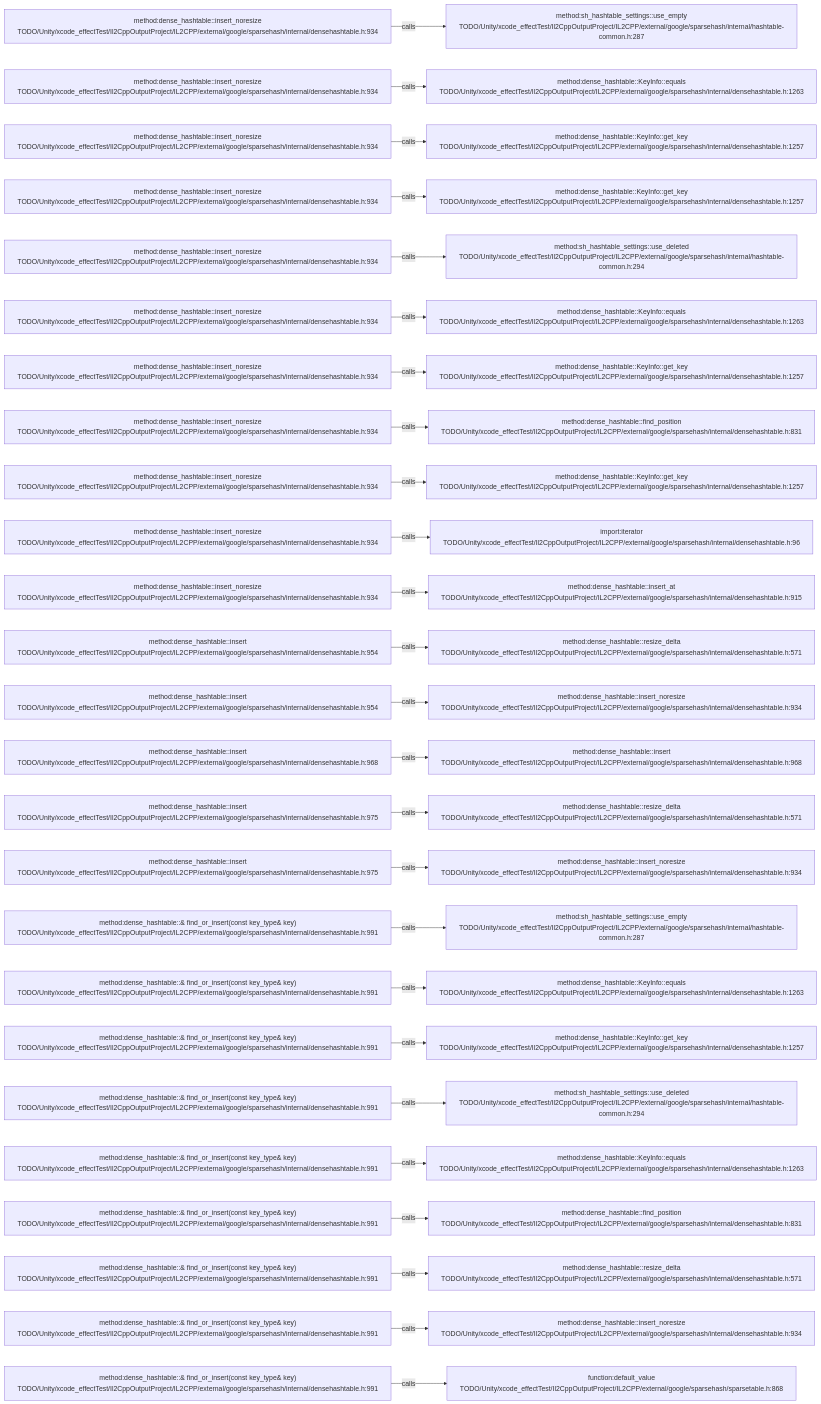
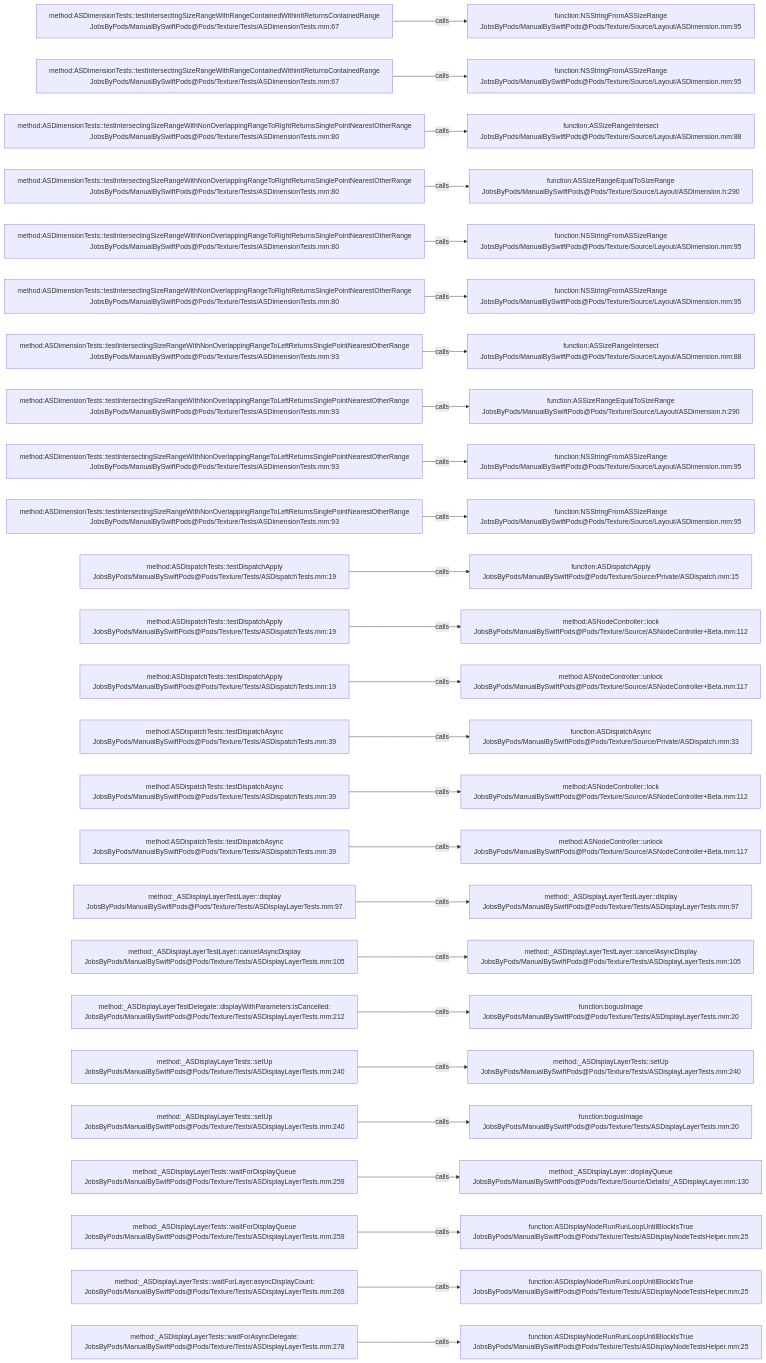
One commit to JobsKits/JobsSwiftBaseConfigDemo changed the diagram in .codegraph/codegraph.md/graphs/calls-198.md. Above: the diagram before and after it, drawn with Mermaid. The commit also changed 2959 other files, not shown here.

````diff
--- a/.codegraph/codegraph.md/graphs/calls-198.md
+++ b/.codegraph/codegraph.md/graphs/calls-198.md
@@ -13,78 +13,78 @@
 ```mermaid
 flowchart LR
-  S1["method:dense_hashtable::insert_noresize<br/>TODO/Unity/xcode_effectTest/Il2CppOutputProject/IL2CPP/external/google/sparsehash/internal/densehashtable.h:934"]
-  T1["method:sh_hashtable_settings::use_empty<br/>TODO/Unity/xcode_effectTest/Il2CppOutputProject/IL2CPP/external/google/sparsehash/internal/hashtable-common.h:287"]
+  S1["method:ASDimensionTests::testIntersectingSizeRangeWithRangeContainedWithinItReturnsContainedRange<br/>JobsByPods/ManualBySwiftPods@Pods/Texture/Tests/ASDimensionTests.mm:67"]
+  T1["function:NSStringFromASSizeRange<br/>JobsByPods/ManualBySwiftPods@Pods/Texture/Source/Layout/ASDimension.mm:95"]
   S1 -->|calls| T1
-  S2["method:dense_hashtable::insert_noresize<br/>TODO/Unity/xcode_effectTest/Il2CppOutputProject/IL2CPP/external/google/sparsehash/internal/densehashtable.h:934"]
-  T2["method:dense_hashtable::KeyInfo::equals<br/>TODO/Unity/xcode_effectTest/Il2CppOutputProject/IL2CPP/external/google/sparsehash/internal/densehashtable.h:1263"]
+  S2["method:ASDimensionTests::testIntersectingSizeRangeWithRangeContainedWithinItReturnsContainedRange<br/>JobsByPods/ManualBySwiftPods@Pods/Texture/Tests/ASDimensionTests.mm:67"]
+  T2["function:NSStringFromASSizeRange<br/>JobsByPods/ManualBySwiftPods@Pods/Texture/Source/Layout/ASDimension.mm:95"]
   S2 -->|calls| T2
-  S3["method:dense_hashtable::insert_noresize<br/>TODO/Unity/xcode_effectTest/Il2CppOutputProject/IL2CPP/external/google/sparsehash/internal/densehashtable.h:934"]
-  T3["method:dense_hashtable::KeyInfo::get_key<br/>TODO/Unity/xcode_effectTest/Il2CppOutputProject/IL2CPP/external/google/sparsehash/internal/densehashtable.h:1257"]
+  S3["method:ASDimensionTests::testIntersectingSizeRangeWithNonOverlappingRangeToRightReturnsSinglePointNearestOtherRange<br/>JobsByPods/ManualBySwiftPods@Pods/Texture/Tests/ASDimensionTests.mm:80"]
+  T3["function:ASSizeRangeIntersect<br/>JobsByPods/ManualBySwiftPods@Pods/Texture/Source/Layout/ASDimension.mm:88"]
   S3 -->|calls| T3
-  S4["method:dense_hashtable::insert_noresize<br/>TODO/Unity/xcode_effectTest/Il2CppOutputProject/IL2CPP/external/google/sparsehash/internal/densehashtable.h:934"]
-  T4["method:dense_hashtable::KeyInfo::get_key<br/>TODO/Unity/xcode_effectTest/Il2CppOutputProject/IL2CPP/external/google/sparsehash/internal/densehashtable.h:1257"]
+  S4["method:ASDimensionTests::testIntersectingSizeRangeWithNonOverlappingRangeToRightReturnsSinglePointNearestOtherRange<br/>JobsByPods/ManualBySwiftPods@Pods/Texture/Tests/ASDimensionTests.mm:80"]
+  T4["function:ASSizeRangeEqualToSizeRange<br/>JobsByPods/ManualBySwiftPods@Pods/Texture/Source/Layout/ASDimension.h:290"]
   S4 -->|calls| T4
-  S5["method:dense_hashtable::insert_noresize<br/>TODO/Unity/xcode_effectTest/Il2CppOutputProject/IL2CPP/external/google/sparsehash/internal/densehashtable.h:934"]
-  T5["method:sh_hashtable_settings::use_deleted<br/>TODO/Unity/xcode_effectTest/Il2CppOutputProject/IL2CPP/external/google/sparsehash/internal/hashtable-common.h:294"]
+  S5["method:ASDimensionTests::testIntersectingSizeRangeWithNonOverlappingRangeToRightReturnsSinglePointNearestOtherRange<br/>JobsByPods/ManualBySwiftPods@Pods/Texture/Tests/ASDimensionTests.mm:80"]
+  T5["function:NSStringFromASSizeRange<br/>JobsByPods/ManualBySwiftPods@Pods/Texture/Source/Layout/ASDimension.mm:95"]
   S5 -->|calls| T5
-  S6["method:dense_hashtable::insert_noresize<br/>TODO/Unity/xcode_effectTest/Il2CppOutputProject/IL2CPP/external/google/sparsehash/internal/densehashtable.h:934"]
-  T6["method:dense_hashtable::KeyInfo::equals<br/>TODO/Unity/xcode_effectTest/Il2CppOutputProject/IL2CPP/external/google/sparsehash/internal/densehashtable.h:1263"]
+  S6["method:ASDimensionTests::testIntersectingSizeRangeWithNonOverlappingRangeToRightReturnsSinglePointNearestOtherRange<br/>JobsByPods/ManualBySwiftPods@Pods/Texture/Tests/ASDimensionTests.mm:80"]
+  T6["function:NSStringFromASSizeRange<br/>JobsByPods/ManualBySwiftPods@Pods/Texture/Source/Layout/ASDimension.mm:95"]
   S6 -->|calls| T6
-  S7["method:dense_hashtable::insert_noresize<br/>TODO/Unity/xcode_effectTest/Il2CppOutputProject/IL2CPP/external/google/sparsehash/internal/densehashtable.h:934"]
-  T7["method:dense_hashtable::KeyInfo::get_key<br/>TODO/Unity/xcode_effectTest/Il2CppOutputProject/IL2CPP/external/google/sparsehash/internal/densehashtable.h:1257"]
+  S7["method:ASDimensionTests::testIntersectingSizeRangeWithNonOverlappingRangeToLeftReturnsSinglePointNearestOtherRange<br/>JobsByPods/ManualBySwiftPods@Pods/Texture/Tests/ASDimensionTests.mm:93"]
+  T7["function:ASSizeRangeIntersect<br/>JobsByPods/ManualBySwiftPods@Pods/Texture/Source/Layout/ASDimension.mm:88"]
   S7 -->|calls| T7
-  S8["method:dense_hashtable::insert_noresize<br/>TODO/Unity/xcode_effectTest/Il2CppOutputProject/IL2CPP/external/google/sparsehash/internal/densehashtable.h:934"]
-  T8["method:dense_hashtable::find_position<br/>TODO/Unity/xcode_effectTest/Il2CppOutputProject/IL2CPP/external/google/sparsehash/internal/densehashtable.h:831"]
+  S8["method:ASDimensionTests::testIntersectingSizeRangeWithNonOverlappingRangeToLeftReturnsSinglePointNearestOtherRange<br/>JobsByPods/ManualBySwiftPods@Pods/Texture/Tests/ASDimensionTests.mm:93"]
+  T8["function:ASSizeRangeEqualToSizeRange<br/>JobsByPods/ManualBySwiftPods@Pods/Texture/Source/Layout/ASDimension.h:290"]
   S8 -->|calls| T8
-  S9["method:dense_hashtable::insert_noresize<br/>TODO/Unity/xcode_effectTest/Il2CppOutputProject/IL2CPP/external/google/sparsehash/internal/densehashtable.h:934"]
-  T9["method:dense_hashtable::KeyInfo::get_key<br/>TODO/Unity/xcode_effectTest/Il2CppOutputProject/IL2CPP/external/google/sparsehash/internal/densehashtable.h:1257"]
+  S9["method:ASDimensionTests::testIntersectingSizeRangeWithNonOverlappingRangeToLeftReturnsSinglePointNearestOtherRange<br/>JobsByPods/ManualBySwiftPods@Pods/Texture/Tests/ASDimensionTests.mm:93"]
+  T9["function:NSStringFromASSizeRange<br/>JobsByPods/ManualBySwiftPods@Pods/Texture/Source/Layout/ASDimension.mm:95"]
   S9 -->|calls| T9
-  S10["method:dense_hashtable::insert_noresize<br/>TODO/Unity/xcode_effectTest/Il2CppOutputProject/IL2CPP/external/google/sparsehash/internal/densehashtable.h:934"]
-  T10["import:iterator<br/>TODO/Unity/xcode_effectTest/Il2CppOutputProject/IL2CPP/external/google/sparsehash/internal/densehashtable.h:96"]
+  S10["method:ASDimensionTests::testIntersectingSizeRangeWithNonOverlappingRangeToLeftReturnsSinglePointNearestOtherRange<br/>JobsByPods/ManualBySwiftPods@Pods/Texture/Tests/ASDimensionTests.mm:93"]
+  T10["function:NSStringFromASSizeRange<br/>JobsByPods/ManualBySwiftPods@Pods/Texture/Source/Layout/ASDimension.mm:95"]
   S10 -->|calls| T10
-  S11["method:dense_hashtable::insert_noresize<br/>TODO/Unity/xcode_effectTest/Il2CppOutputProject/IL2CPP/external/google/sparsehash/internal/densehashtable.h:934"]
-  T11["method:dense_hashtable::insert_at<br/>TODO/Unity/xcode_effectTest/Il2CppOutputProject/IL2CPP/external/google/sparsehash/internal/densehashtable.h:915"]
+  S11["method:ASDispatchTests::testDispatchApply<br/>JobsByPods/ManualBySwiftPods@Pods/Texture/Tests/ASDispatchTests.mm:19"]
+  T11["function:ASDispatchApply<br/>JobsByPods/ManualBySwiftPods@Pods/Texture/Source/Private/ASDispatch.mm:15"]
   S11 -->|calls| T11
-  S12["method:dense_hashtable::insert<br/>TODO/Unity/xcode_effectTest/Il2CppOutputProject/IL2CPP/external/google/sparsehash/internal/densehashtable.h:954"]
-  T12["method:dense_hashtable::resize_delta<br/>TODO/Unity/xcode_effectTest/Il2CppOutputProject/IL2CPP/external/google/sparsehash/internal/densehashtable.h:571"]
+  S12["method:ASDispatchTests::testDispatchApply<br/>JobsByPods/ManualBySwiftPods@Pods/Texture/Tests/ASDispatchTests.mm:19"]
+  T12["method:ASNodeController::lock<br/>JobsByPods/ManualBySwiftPods@Pods/Texture/Source/ASNodeController+Beta.mm:112"]
   S12 -->|calls| T12
-  S13["method:dense_hashtable::insert<br/>TODO/Unity/xcode_effectTest/Il2CppOutputProject/IL2CPP/external/google/sparsehash/internal/densehashtable.h:954"]
-  T13["method:dense_hashtable::insert_noresize<br/>TODO/Unity/xcode_effectTest/Il2CppOutputProject/IL2CPP/external/google/sparsehash/internal/densehashtable.h:934"]
+  S13["method:ASDispatchTests::testDispatchApply<br/>JobsByPods/ManualBySwiftPods@Pods/Texture/Tests/ASDispatchTests.mm:19"]
+  T13["method:ASNodeController::unlock<br/>JobsByPods/ManualBySwiftPods@Pods/Texture/Source/ASNodeController+Beta.mm:117"]
   S13 -->|calls| T13
-  S14["method:dense_hashtable::insert<br/>TODO/Unity/xcode_effectTest/Il2CppOutputProject/IL2CPP/external/google/sparsehash/internal/densehashtable.h:968"]
-  T14["method:dense_hashtable::insert<br/>TODO/Unity/xcode_effectTest/Il2CppOutputProject/IL2CPP/external/google/sparsehash/internal/densehashtable.h:968"]
+  S14["method:ASDispatchTests::testDispatchAsync<br/>JobsByPods/ManualBySwiftPods@Pods/Texture/Tests/ASDispatchTests.mm:39"]
+  T14["function:ASDispatchAsync<br/>JobsByPods/ManualBySwiftPods@Pods/Texture/Source/Private/ASDispatch.mm:33"]
   S14 -->|calls| T14
-  S15["method:dense_hashtable::insert<br/>TODO/Unity/xcode_effectTest/Il2CppOutputProject/IL2CPP/external/google/sparsehash/internal/densehashtable.h:975"]
-  T15["method:dense_hashtable::resize_delta<br/>TODO/Unity/xcode_effectTest/Il2CppOutputProject/IL2CPP/external/google/sparsehash/internal/densehashtable.h:571"]
+  S15["method:ASDispatchTests::testDispatchAsync<br/>JobsByPods/ManualBySwiftPods@Pods/Texture/Tests/ASDispatchTests.mm:39"]
+  T15["method:ASNodeController::lock<br/>JobsByPods/ManualBySwiftPods@Pods/Texture/Source/ASNodeController+Beta.mm:112"]
   S15 -->|calls| T15
-  S16["method:dense_hashtable::insert<br/>TODO/Unity/xcode_effectTest/Il2CppOutputProject/IL2CPP/external/google/sparsehash/internal/densehashtable.h:975"]
-  T16["method:dense_hashtable::insert_noresize<br/>TODO/Unity/xcode_effectTest/Il2CppOutputProject/IL2CPP/external/google/sparsehash/internal/densehashtable.h:934"]
+  S16["method:ASDispatchTests::testDispatchAsync<br/>JobsByPods/ManualBySwiftPods@Pods/Texture/Tests/ASDispatchTests.mm:39"]
+  T16["method:ASNodeController::unlock<br/>JobsByPods/ManualBySwiftPods@Pods/Texture/Source/ASNodeController+Beta.mm:117"]
   S16 -->|calls| T16
-  S17["method:dense_hashtable::& find_or_insert(const key_type& key)<br/>TODO/Unity/xcode_effectTest/Il2CppOutputProject/IL2CPP/external/google/sparsehash/internal/densehashtable.h:991"]
-  T17["method:sh_hashtable_settings::use_empty<br/>TODO/Unity/xcode_effectTest/Il2CppOutputProject/IL2CPP/external/google/sparsehash/internal/hashtable-common.h:287"]
+  S17["method:_ASDisplayLayerTestLayer::display<br/>JobsByPods/ManualBySwiftPods@Pods/Texture/Tests/ASDisplayLayerTests.mm:97"]
+  T17["method:_ASDisplayLayerTestLayer::display<br/>JobsByPods/ManualBySwiftPods@Pods/Texture/Tests/ASDisplayLayerTests.mm:97"]
   S17 -->|calls| T17
-  S18["method:dense_hashtable::& find_or_insert(const key_type& key)<br/>TODO/Unity/xcode_effectTest/Il2CppOutputProject/IL2CPP/external/google/sparsehash/internal/densehashtable.h:991"]
-  T18["method:dense_hashtable::KeyInfo::equals<br/>TODO/Unity/xcode_effectTest/Il2CppOutputProject/IL2CPP/external/google/sparsehash/internal/densehashtable.h:1263"]
+  S18["method:_ASDisplayLayerTestLayer::cancelAsyncDisplay<br/>JobsByPods/ManualBySwiftPods@Pods/Texture/Tests/ASDisplayLayerTests.mm:105"]
+  T18["method:_ASDisplayLayerTestLayer::cancelAsyncDisplay<br/>JobsByPods/ManualBySwiftPods@Pods/Texture/Tests/ASDisplayLayerTests.mm:105"]
   S18 -->|calls| T18
-  S19["method:dense_hashtable::& find_or_insert(const key_type& key)<br/>TODO/Unity/xcode_effectTest/Il2CppOutputProject/IL2CPP/external/google/sparsehash/internal/densehashtable.h:991"]
-  T19["method:dense_hashtable::KeyInfo::get_key<br/>TODO/Unity/xcode_effectTest/Il2CppOutputProject/IL2CPP/external/google/sparsehash/internal/densehashtable.h:1257"]
+  S19["method:_ASDisplayLayerTestDelegate::displayWithParameters:isCancelled:<br/>JobsByPods/ManualBySwiftPods@Pods/Texture/Tests/ASDisplayLayerTests.mm:212"]
+  T19["function:bogusImage<br/>JobsByPods/ManualBySwiftPods@Pods/Texture/Tests/ASDisplayLayerTests.mm:20"]
   S19 -->|calls| T19
-  S20["method:dense_hashtable::& find_or_insert(const key_type& key)<br/>TODO/Unity/xcode_effectTest/Il2CppOutputProject/IL2CPP/external/google/sparsehash/internal/densehashtable.h:991"]
-  T20["method:sh_hashtable_settings::use_deleted<br/>TODO/Unity/xcode_effectTest/Il2CppOutputProject/IL2CPP/external/google/sparsehash/internal/hashtable-common.h:294"]
+  S20["method:_ASDisplayLayerTests::setUp<br/>JobsByPods/ManualBySwiftPods@Pods/Texture/Tests/ASDisplayLayerTests.mm:240"]
+  T20["method:_ASDisplayLayerTests::setUp<br/>JobsByPods/ManualBySwiftPods@Pods/Texture/Tests/ASDisplayLayerTests.mm:240"]
   S20 -->|calls| T20
-  S21["method:dense_hashtable::& find_or_insert(const key_type& key)<br/>TODO/Unity/xcode_effectTest/Il2CppOutputProject/IL2CPP/external/google/sparsehash/internal/densehashtable.h:991"]
-  T21["method:dense_hashtable::KeyInfo::equals<br/>TODO/Unity/xcode_effectTest/Il2CppOutputProject/IL2CPP/external/google/sparsehash/internal/densehashtable.h:1263"]
+  S21["method:_ASDisplayLayerTests::setUp<br/>JobsByPods/ManualBySwiftPods@Pods/Texture/Tests/ASDisplayLayerTests.mm:240"]
+  T21["function:bogusImage<br/>JobsByPods/ManualBySwiftPods@Pods/Texture/Tests/ASDisplayLayerTests.mm:20"]
   S21 -->|calls| T21
-  S22["method:dense_hashtable::& find_or_insert(const key_type& key)<br/>TODO/Unity/xcode_effectTest/Il2CppOutputProject/IL2CPP/external/google/sparsehash/internal/densehashtable.h:991"]
-  T22["method:dense_hashtable::find_position<br/>TODO/Unity/xcode_effectTest/Il2CppOutputProject/IL2CPP/external/google/sparsehash/internal/densehashtable.h:831"]
+  S22["method:_ASDisplayLayerTests::waitForDisplayQueue<br/>JobsByPods/ManualBySwiftPods@Pods/Texture/Tests/ASDisplayLayerTests.mm:259"]
+  T22["method:_ASDisplayLayer::displayQueue<br/>JobsByPods/ManualBySwiftPods@Pods/Texture/Source/Details/_ASDisplayLayer.mm:130"]
   S22 -->|calls| T22
-  S23["method:dense_hashtable::& find_or_insert(const key_type& key)<br/>TODO/Unity/xcode_effectTest/Il2CppOutputProject/IL2CPP/external/google/sparsehash/internal/densehashtable.h:991"]
-  T23["method:dense_hashtable::resize_delta<br/>TODO/Unity/xcode_effectTest/Il2CppOutputProject/IL2CPP/external/google/sparsehash/internal/densehashtable.h:571"]
+  S23["method:_ASDisplayLayerTests::waitForDisplayQueue<br/>JobsByPods/ManualBySwiftPods@Pods/Texture/Tests/ASDisplayLayerTests.mm:259"]
+  T23["function:ASDisplayNodeRunRunLoopUntilBlockIsTrue<br/>JobsByPods/ManualBySwiftPods@Pods/Texture/Tests/ASDisplayNodeTestsHelper.mm:25"]
   S23 -->|calls| T23
-  S24["method:dense_hashtable::& find_or_insert(const key_type& key)<br/>TODO/Unity/xcode_effectTest/Il2CppOutputProject/IL2CPP/external/google/sparsehash/internal/densehashtable.h:991"]
-  T24["method:dense_hashtable::insert_noresize<br/>TODO/Unity/xcode_effectTest/Il2CppOutputProject/IL2CPP/external/google/sparsehash/internal/densehashtable.h:934"]
+  S24["method:_ASDisplayLayerTests::waitForLayer:asyncDisplayCount:<br/>JobsByPods/ManualBySwiftPods@Pods/Texture/Tests/ASDisplayLayerTests.mm:269"]
+  T24["function:ASDisplayNodeRunRunLoopUntilBlockIsTrue<br/>JobsByPods/ManualBySwiftPods@Pods/Texture/Tests/ASDisplayNodeTestsHelper.mm:25"]
   S24 -->|calls| T24
-  S25["method:dense_hashtable::& find_or_insert(const key_type& key)<br/>TODO/Unity/xcode_effectTest/Il2CppOutputProject/IL2CPP/external/google/sparsehash/internal/densehashtable.h:991"]
-  T25["function:default_value<br/>TODO/Unity/xcode_effectTest/Il2CppOutputProject/IL2CPP/external/google/sparsehash/sparsetable.h:868"]
+  S25["method:_ASDisplayLayerTests::waitForAsyncDelegate:<br/>JobsByPods/ManualBySwiftPods@Pods/Texture/Tests/ASDisplayLayerTests.mm:278"]
+  T25["function:ASDisplayNodeRunRunLoopUntilBlockIsTrue<br/>JobsByPods/ManualBySwiftPods@Pods/Texture/Tests/ASDisplayNodeTestsHelper.mm:25"]
   S25 -->|calls| T25
 ```
````
